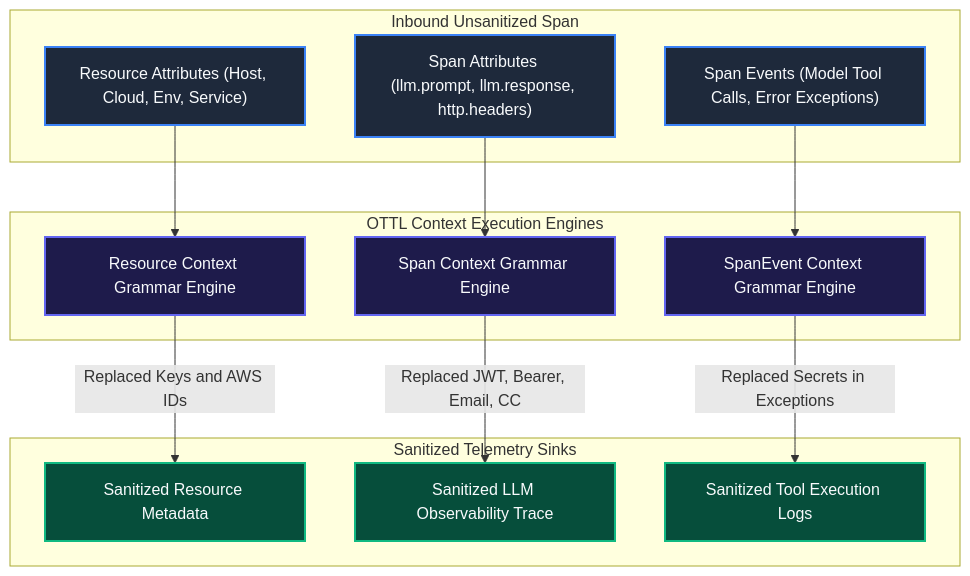
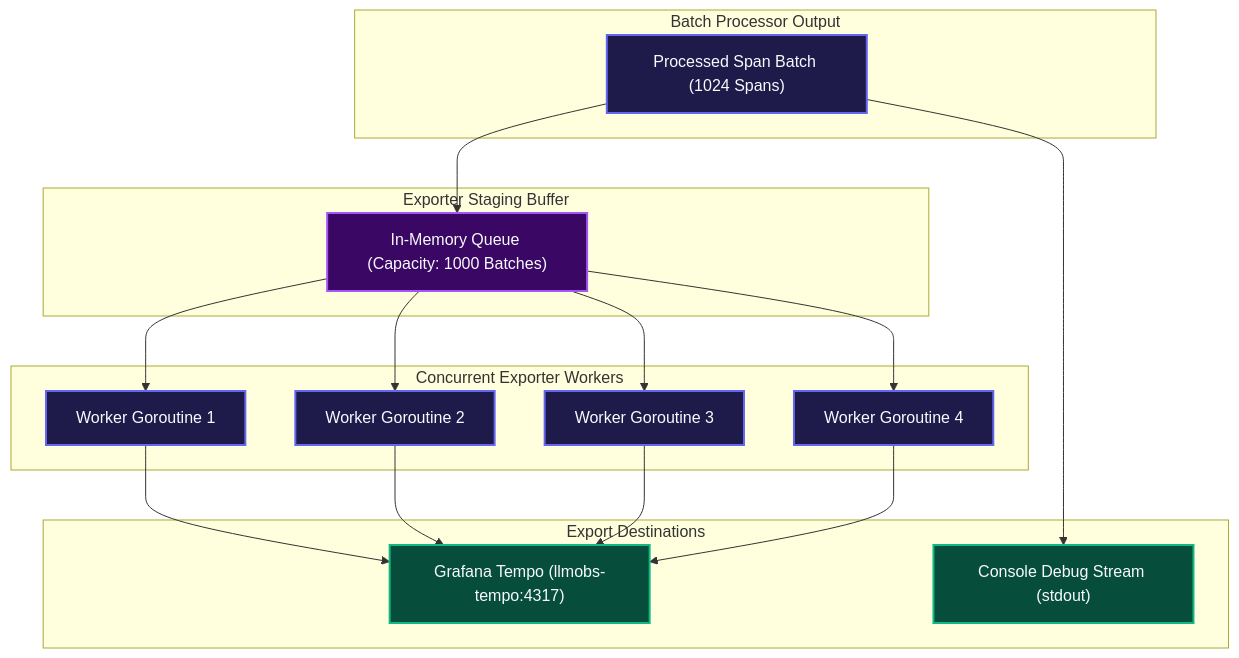
One commit to Chief-Strategist-J/llm-obs-infra changed diagram 13 of 22 in docs/configDoc/otel-collector-configuration-guide.md. Above: the diagram before and after it, drawn with Mermaid. The commit also changed other lines of this file, not shown here.

````diff
--- a/docs/configDoc/otel-collector-configuration-guide.md
+++ b/docs/configDoc/otel-collector-configuration-guide.md
@@ -830,38 +1293,44 @@
 ```mermaid
 graph TD
-    subgraph RawSpanData ["Inbound Unsanitized Span"]
-        ResAttrs["Resource Attributes (Host, Cloud, Env, Service)"]
-        SpanAttrs["Span Attributes (llm.prompt, llm.response, http.headers)"]
-        SpanEvents["Span Events (Model Tool Calls, Error Exceptions)"]
+    subgraph ProcessedTelemetry ["Batch Processor Output"]
+        BatchOut["Processed Span Batch (1024 Spans)"]
     end
 
-    subgraph OTTLContexts ["OTTL Context Execution Engines"]
-        ResEngine["Resource Context Grammar Engine"]
-        SpanEngine["Span Context Grammar Engine"]
-        EventEngine["SpanEvent Context Grammar Engine"]
+    subgraph InternalQueue ["Exporter Staging Buffer"]
+        SendingQ["In-Memory Queue (Capacity: 1000 Batches)"]
     end
 
-    subgraph SanitizedOutputs ["Sanitized Telemetry Sinks"]
-        SafeRes["Sanitized Resource Metadata"]
-        SafeSpan["Sanitized LLM Observability Trace"]
-        SafeEvents["Sanitized Tool Execution Logs"]
+    subgraph WorkerPool ["Concurrent Exporter Workers"]
+        Worker1["Worker Goroutine 1"]
+        Worker2["Worker Goroutine 2"]
+        Worker3["Worker Goroutine 3"]
+        Worker4["Worker Goroutine 4"]
     end
 
-    ResAttrs --> ResEngine
-    SpanAttrs --> SpanEngine
-    SpanEvents --> EventEngine
+    subgraph Sinks ["Export Destinations"]
+        TempoGRPC["Grafana Tempo (llmobs-tempo:4317)"]
+        DebugOut["Console Debug Stream (stdout)"]
+    end
 
-    ResEngine -->|Replaced Keys and AWS IDs| SafeRes
-    SpanEngine -->|Replaced JWT, Bearer, Email, CC| SafeSpan
-    EventEngine -->|Replaced Secrets in Exceptions| SafeEvents
+    BatchOut --> SendingQ
+    BatchOut --> DebugOut
 
-    style ResAttrs fill:#1e293b,stroke:#3b82f6,stroke-width:2px,color:#f8fafc
-    style SpanAttrs fill:#1e293b,stroke:#3b82f6,stroke-width:2px,color:#f8fafc
-    style SpanEvents fill:#1e293b,stroke:#3b82f6,stroke-width:2px,color:#f8fafc
-    style ResEngine fill:#1e1b4b,stroke:#6366f1,stroke-width:2px,color:#f8fafc
-    style SpanEngine fill:#1e1b4b,stroke:#6366f1,stroke-width:2px,color:#f8fafc
-    style EventEngine fill:#1e1b4b,stroke:#6366f1,stroke-width:2px,color:#f8fafc
-    style SafeRes fill:#064e3b,stroke:#10b981,stroke-width:2px,color:#f8fafc
-    style SafeSpan fill:#064e3b,stroke:#10b981,stroke-width:2px,color:#f8fafc
-    style SafeEvents fill:#064e3b,stroke:#10b981,stroke-width:2px,color:#f8fafc
+    SendingQ --> Worker1
+    SendingQ --> Worker2
+    SendingQ --> Worker3
+    SendingQ --> Worker4
+
+    Worker1 --> TempoGRPC
+    Worker2 --> TempoGRPC
+    Worker3 --> TempoGRPC
+    Worker4 --> TempoGRPC
+
+    style BatchOut fill:#1e1b4b,stroke:#6366f1,stroke-width:2px,color:#f8fafc
+    style SendingQ fill:#3b0764,stroke:#a855f7,stroke-width:2px,color:#f8fafc
+    style Worker1 fill:#1e1b4b,stroke:#6366f1,stroke-width:2px,color:#f8fafc
+    style Worker2 fill:#1e1b4b,stroke:#6366f1,stroke-width:2px,color:#f8fafc
+    style Worker3 fill:#1e1b4b,stroke:#6366f1,stroke-width:2px,color:#f8fafc
+    style Worker4 fill:#1e1b4b,stroke:#6366f1,stroke-width:2px,color:#f8fafc
+    style TempoGRPC fill:#064e3b,stroke:#10b981,stroke-width:2px,color:#f8fafc
+    style DebugOut fill:#064e3b,stroke:#10b981,stroke-width:2px,color:#f8fafc
 ```
````
